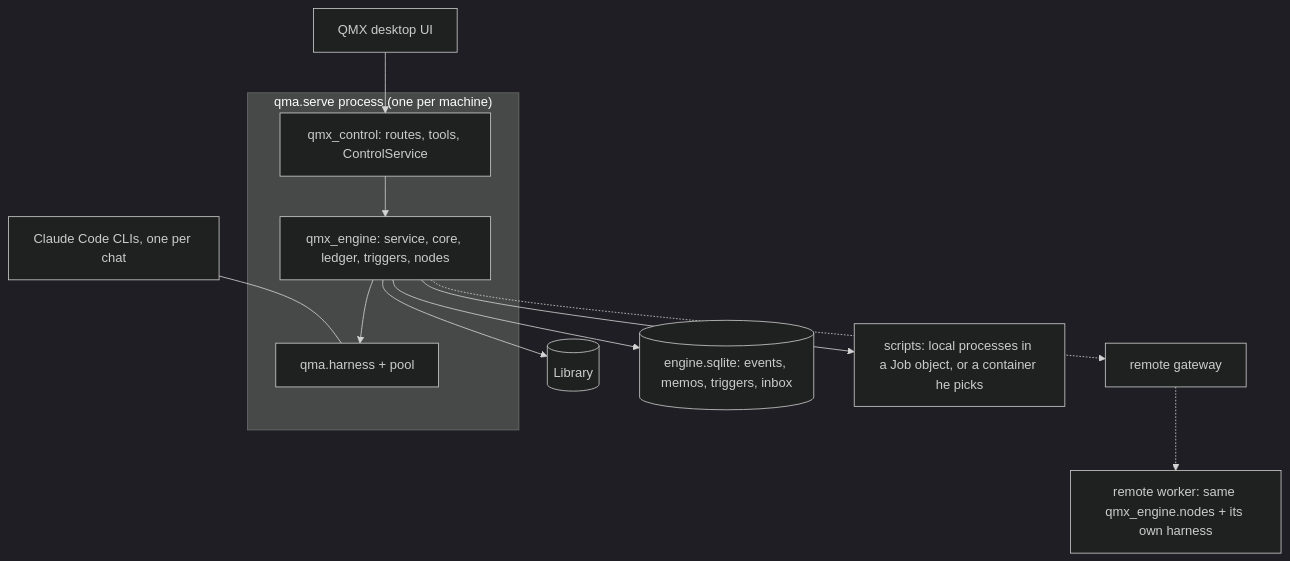
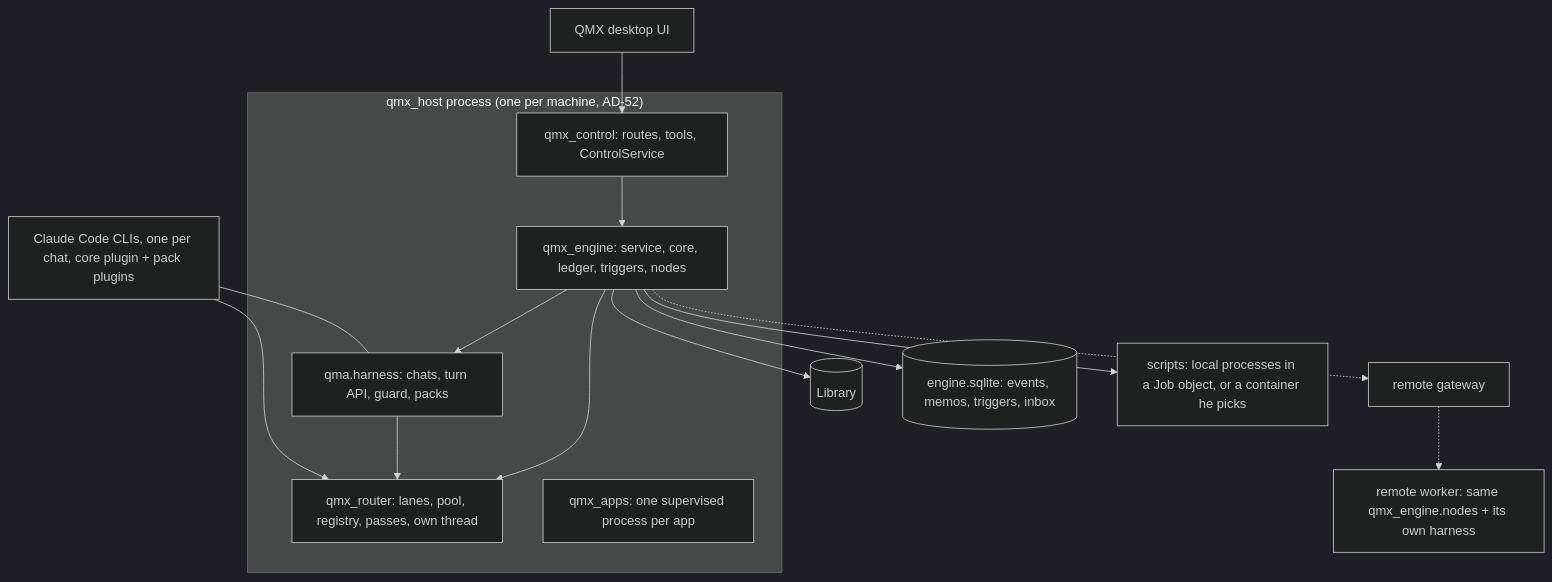
Before and after one commit to mubarakhimself-byte/QMX: the second of 4 diagrams in tracker/qma-v2/architecture/workflow-engine/ARCHITECTURE-SPINE.md, drawn with Mermaid (dark theme). The commit also changed other lines of this file and 15 other files, not shown here.

Commit message:
Whole-app unlocked pass (43, ruling 118): one host program, writable agent steps in private folders, direct turn API, mini apps as real plugins, one run list and scheduler; old runtime deletion mapped

````diff
--- a/tracker/qma-v2/architecture/workflow-engine/ARCHITECTURE-SPINE.md
+++ b/tracker/qma-v2/architecture/workflow-engine/ARCHITECTURE-SPINE.md
@@ -427,17 +494,22 @@
 ```mermaid
 flowchart TB
-  subgraph PROC["qma.serve process (one per machine)"]
-    HARN[qma.harness + pool]
+  subgraph PROC["qmx_host process (one per machine, AD-52)"]
+    HARN[qma.harness: chats, turn API, guard, packs]
+    RTR[qmx_router: lanes, pool, registry, passes, own thread]
     CTRL[qmx_control: routes, tools, ControlService]
     ENG[qmx_engine: service, core, ledger, triggers, nodes]
+    APPS[qmx_apps: one supervised process per app]
     CTRL --> ENG
     ENG --> HARN
+    ENG --> RTR
+    HARN --> RTR
   end
   UI[QMX desktop UI] --> CTRL
   ENG --> LIB[(Library)]
   ENG --> LEDGER[(engine.sqlite: events, memos, triggers, inbox)]
   ENG --> SCRIPT[scripts: local processes in a Job object, or a container he picks]
   ENG -.-> GW[remote gateway]
   GW -.-> RW[remote worker: same qmx_engine.nodes + its own harness]
-  CLI[Claude Code CLIs, one per chat] --- HARN
+  CLI[Claude Code CLIs, one per chat, core plugin + pack plugins] --- HARN
+  CLI --> RTR
 ```
````
